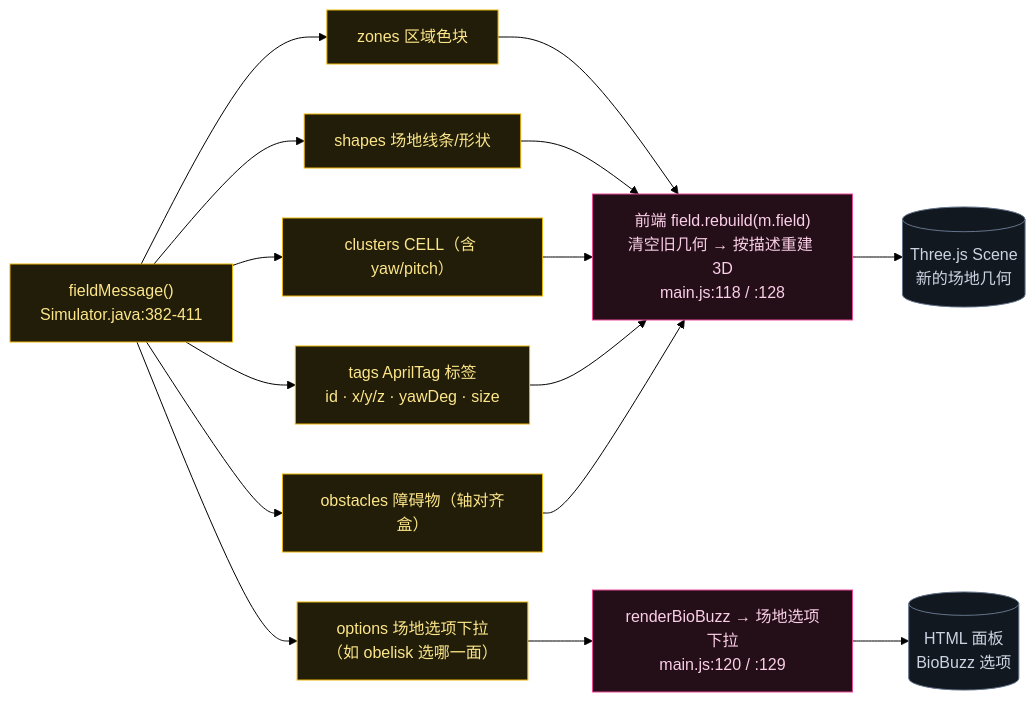
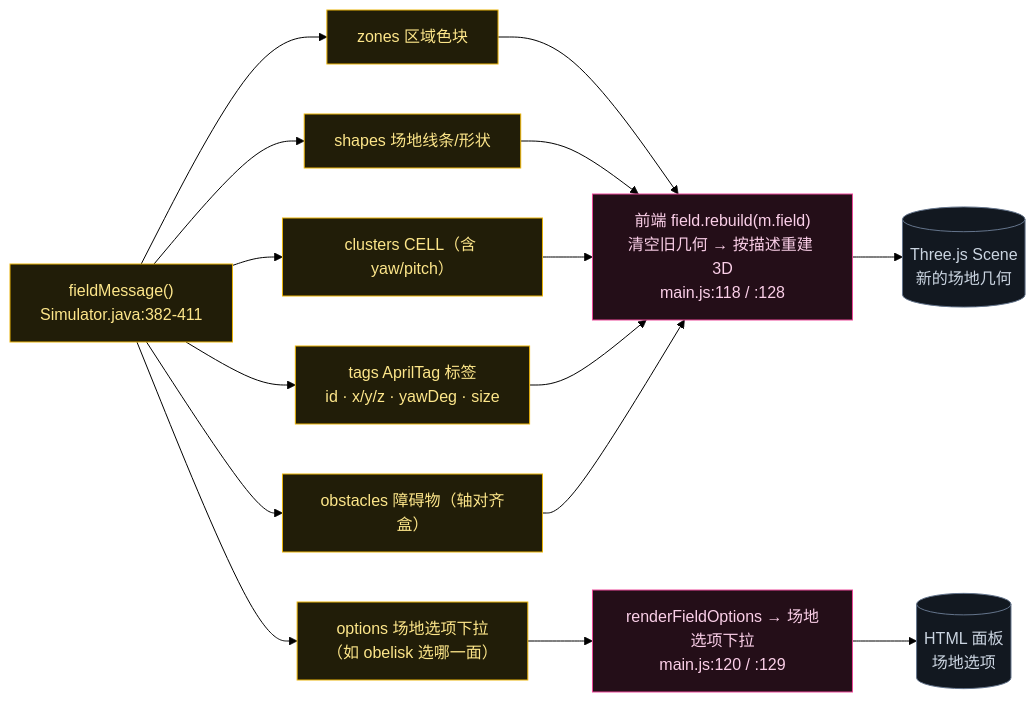
One commit to seezhou/FTCSim changed the third of 4 diagrams in docs/architecture/02-websocket-drive.md. Above: the diagram before and after it, drawn with Mermaid (forest theme). The commit also changed other lines of this file and 26 other files, not shown here.

````diff
--- a/docs/architecture/02-websocket-drive.md
+++ b/docs/architecture/02-websocket-drive.md
@@ -114,27 +114,27 @@
 ```mermaid
 flowchart LR
   HM["fieldMessage()<br/>Simulator.java:382-411"]
   HM --> Z["zones 区域色块"]
   HM --> SH["shapes 场地线条/形状"]
   HM --> CL["clusters CELL（含 yaw/pitch）"]
   HM --> OP["options 场地选项下拉<br/>（如 obelisk 选哪一面）"]
   HM --> TG["tags AprilTag 标签<br/>id · x/y/z · yawDeg · size"]
   HM --> OB["obstacles 障碍物（轴对齐盒）"]
 
   Z --> RB["前端 field.rebuild(m.field)<br/>清空旧几何 → 按描述重建 3D<br/>main.js:118 / :128"]
   SH --> RB
   CL --> RB
   TG --> RB
   OB --> RB
-  OP --> BB["renderBioBuzz → 场地选项下拉<br/>main.js:120 / :129"]
+  OP --> BB["renderFieldOptions → 场地选项下拉<br/>main.js:120 / :129"]
 
   RB --> SCENE[("Three.js Scene<br/>新的场地几何")]
-  BB --> HTML[("HTML 面板<br/>BioBuzz 选项")]
+  BB --> HTML[("HTML 面板<br/>场地选项")]
 
   classDef sim fill:#211d08,stroke:#eab308,color:#fde68a
   classDef web fill:#240e18,stroke:#ec4899,color:#fbcfe8
   classDef core fill:#121820,stroke:#64748b,color:#cbd5e1
   class HM,Z,SH,CL,OP,TG,OB sim
   class RB,BB web
   class SCENE,HTML core
 ```
````
